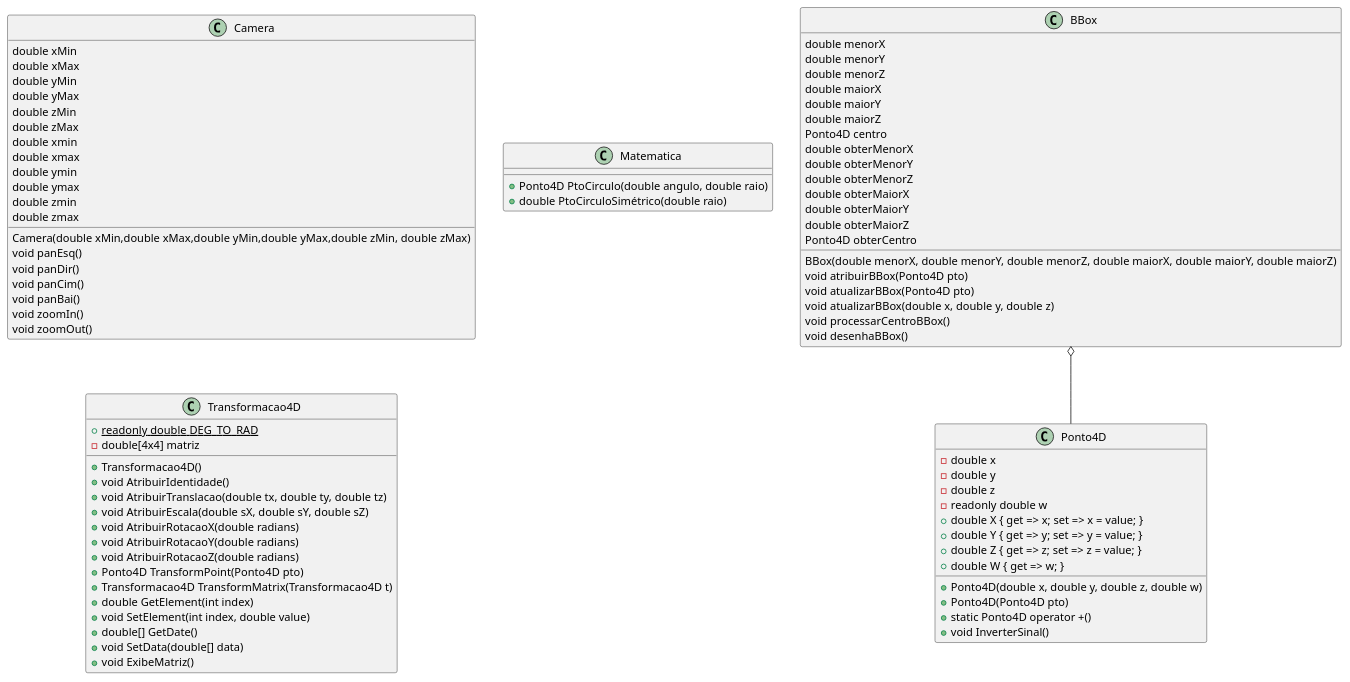
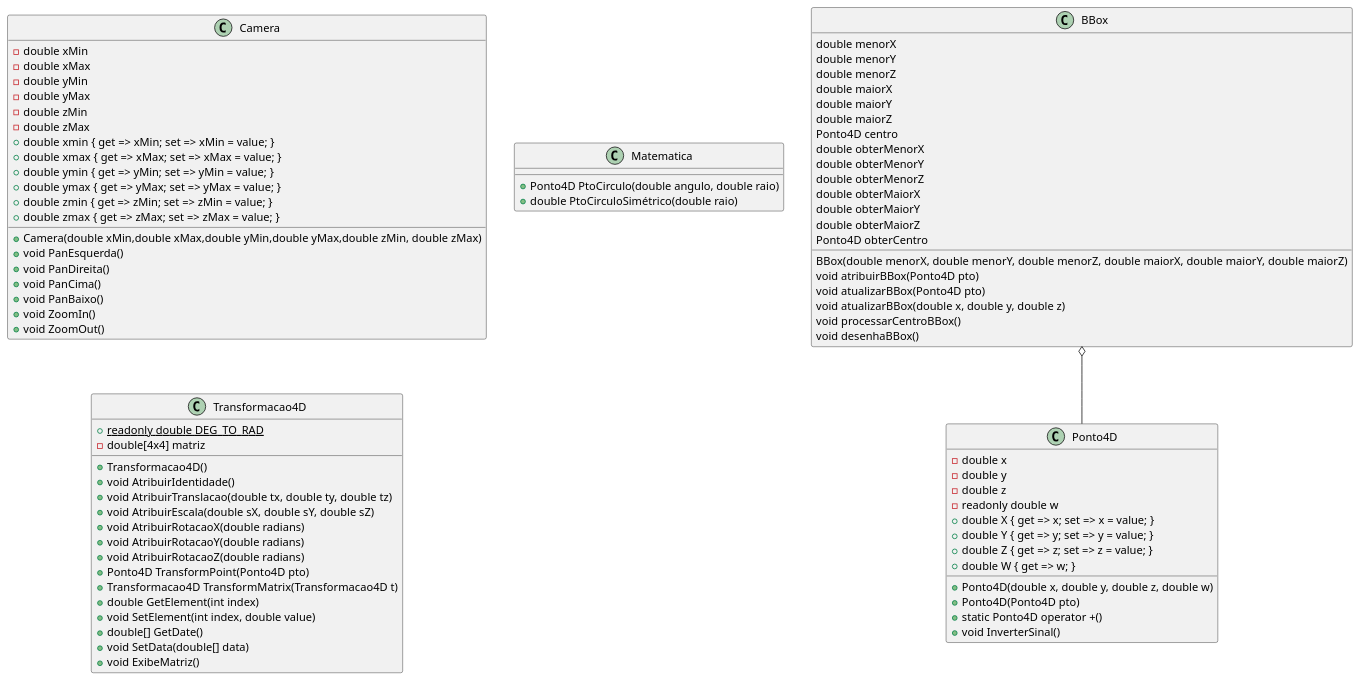
The diagram in CG_Biblioteca/docs/umlClasses.wsd (gustavospiess/gcg-cg), drawn with PlantUML before and after one commit. The commit also changed 1 other file, not shown here.

```diff
--- a/CG_Biblioteca/docs/umlClasses.wsd
+++ b/CG_Biblioteca/docs/umlClasses.wsd
@@ -2,78 +2,78 @@
 @startuml CG_Biblioteca
 
 BBox : double menorX
 BBox : double menorY
 BBox : double menorZ
 BBox : double maiorX
 BBox : double maiorY
 BBox : double maiorZ
 BBox : Ponto4D centro
 BBox : BBox(double menorX, double menorY, double menorZ, double maiorX, double maiorY, double maiorZ)
 BBox : void atribuirBBox(Ponto4D pto)	
 BBox : void atualizarBBox(Ponto4D pto)
 BBox : void atualizarBBox(double x, double y, double z)
 BBox : void processarCentroBBox()
 BBox : void desenhaBBox()
 BBox : double obterMenorX
 BBox : double obterMenorY
 BBox : double obterMenorZ
 BBox : double obterMaiorX
 BBox : double obterMaiorY
 BBox : double obterMaiorZ
 BBox : Ponto4D obterCentro
 BBox o-- Ponto4D
 
-Camera : double xMin
-Camera : double xMax
-Camera : double yMin
-Camera : double yMax
-Camera : double zMin
-Camera : double zMax
-Camera : Camera(double xMin,double xMax,double yMin,double yMax,double zMin, double zMax)
-Camera : double xmin
-Camera : double xmax
-Camera : double ymin
-Camera : double ymax
-Camera : double zmin
-Camera : double zmax
-Camera : void panEsq()
-Camera : void panDir()
-Camera : void panCim()
-Camera : void panBai()
-Camera : void zoomIn()
-Camera : void zoomOut()
+Camera : - double xMin
+Camera : - double xMax
+Camera : - double yMin
+Camera : - double yMax
+Camera : - double zMin
+Camera : - double zMax
+Camera : + Camera(double xMin,double xMax,double yMin,double yMax,double zMin, double zMax)
+Camera : + double xmin { get => xMin; set => xMin = value; }
+Camera : + double xmax { get => xMax; set => xMax = value; }
+Camera : + double ymin { get => yMin; set => yMin = value; }
+Camera : + double ymax { get => yMax; set => yMax = value; }
+Camera : + double zmin { get => zMin; set => zMin = value; }
+Camera : + double zmax { get => zMax; set => zMax = value; }
+Camera : + void PanEsquerda()
+Camera : + void PanDireita()
+Camera : + void PanCima()
+Camera : + void PanBaixo()
+Camera : + void ZoomIn()
+Camera : + void ZoomOut()
 
 Matematica : + Ponto4D PtoCirculo(double angulo, double raio)
 Matematica : + double PtoCirculoSimétrico(double raio)
 
 Ponto4D : - double x
 Ponto4D : - double y
 Ponto4D : - double z
 Ponto4D : - readonly double w
 Ponto4D : + Ponto4D(double x, double y, double z, double w)
 Ponto4D : + Ponto4D(Ponto4D pto)
 Ponto4D : + static Ponto4D operator +()
 Ponto4D : + double X { get => x; set => x = value; }
 Ponto4D : + double Y { get => y; set => y = value; }
 Ponto4D : + double Z { get => z; set => z = value; }
 Ponto4D : + double W { get => w; }
 Ponto4D : + void InverterSinal()
 
 Transformacao4D : {static} + readonly double DEG_TO_RAD
 Transformacao4D : -double[4x4] matriz
 Transformacao4D : +Transformacao4D()
 Transformacao4D : +void AtribuirIdentidade()
 Transformacao4D : +void AtribuirTranslacao(double tx, double ty, double tz)
 Transformacao4D : +void AtribuirEscala(double sX, double sY, double sZ)
 Transformacao4D : +void AtribuirRotacaoX(double radians)
 Transformacao4D : +void AtribuirRotacaoY(double radians)
 Transformacao4D : +void AtribuirRotacaoZ(double radians)
 Transformacao4D : +Ponto4D TransformPoint(Ponto4D pto)
 Transformacao4D : +Transformacao4D TransformMatrix(Transformacao4D t)
 Transformacao4D : +double GetElement(int index)
 Transformacao4D : +void SetElement(int index, double value)
 Transformacao4D : +double[] GetDate()
 Transformacao4D : +void SetData(double[] data)
 Transformacao4D : +void ExibeMatriz()
 
 @enduml
```
